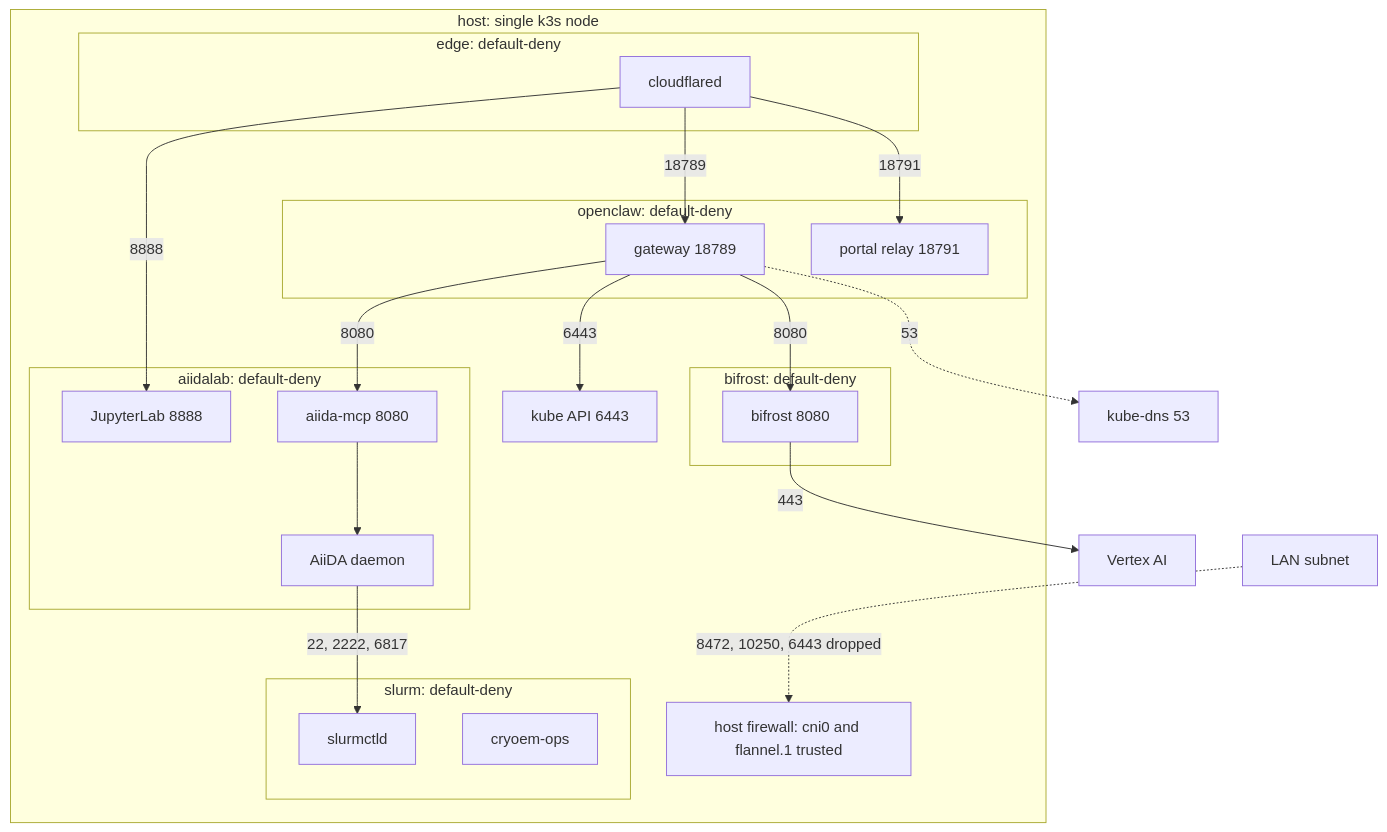
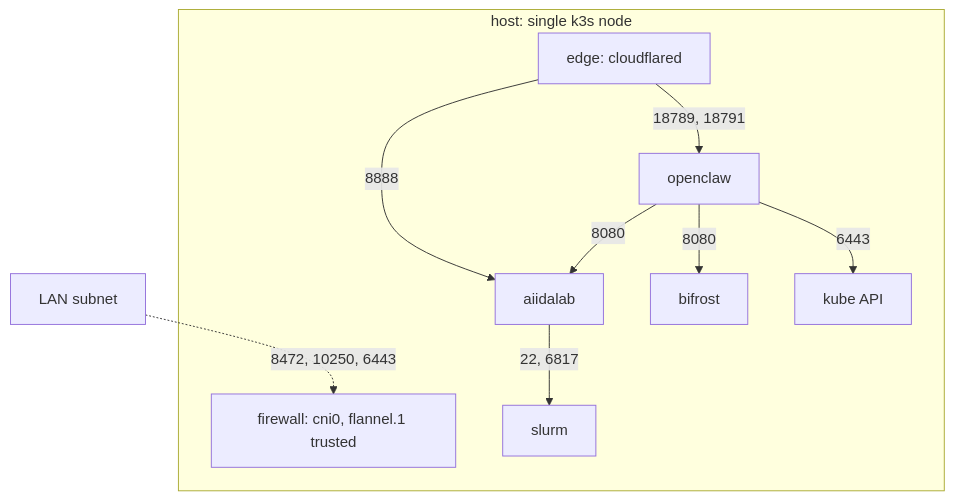
Before and after one commit to sigilmakes/aiidalab-openclaw-demo: the third of 3 diagrams in docs/architecture.md, drawn with Mermaid. The commit also changed other lines of this file and 1 other file, not shown here.

Commit message:
docs: tighten the README and simplify the diagrams

````diff
--- a/docs/architecture.md
+++ b/docs/architecture.md
@@ -293,47 +233,21 @@
 ```mermaid
 flowchart TB
     subgraph host[host: single k3s node]
-        fw[host firewall: cni0 and flannel.1 trusted]
+        fw[firewall: cni0, flannel.1 trusted]
+        edge[edge: cloudflared]
+        oc[openclaw]
+        ai[aiidalab]
+        sl[slurm]
+        bf[bifrost]
+        api[kube API]
 
-        subgraph edge[edge: default-deny]
-            cfd[cloudflared]
-        end
-
-        subgraph openclaw[openclaw: default-deny]
-            gw[gateway 18789]
-            portal[portal relay 18791]
-        end
-
-        subgraph aiidalab[aiidalab: default-deny]
-            lab[JupyterLab 8888]
-            mcp[aiida-mcp 8080]
-            daemon[AiiDA daemon]
-        end
-
-        subgraph slurm[slurm: default-deny]
-            ctl[slurmctld]
-            cryo[cryoem-ops]
-        end
-
-        subgraph bifrost[bifrost: default-deny]
-            bf[bifrost 8080]
-        end
-
-        api[kube API 6443]
+        edge -->|18789, 18791| oc
+        edge -->|8888| ai
+        oc -->|8080| bf
+        oc -->|8080| ai
+        oc -->|6443| api
+        ai -->|22, 6817| sl
     end
 
-    lan[LAN subnet] -.->|"8472, 10250, 6443 dropped"| fw
-    dns[kube-dns 53]
-    vertex[Vertex AI]
-
-    cfd -->|18789| gw
-    cfd -->|18791| portal
-    cfd -->|8888| lab
-    gw -->|8080| bf
-    bf -->|443| vertex
-    gw -->|8080| mcp
-    mcp --> daemon
-    daemon -->|"22, 2222, 6817"| ctl
-    gw -->|6443| api
-    gw -.->|53| dns
+    lan[LAN subnet] -.->|"8472, 10250, 6443"| fw
 ```
````
